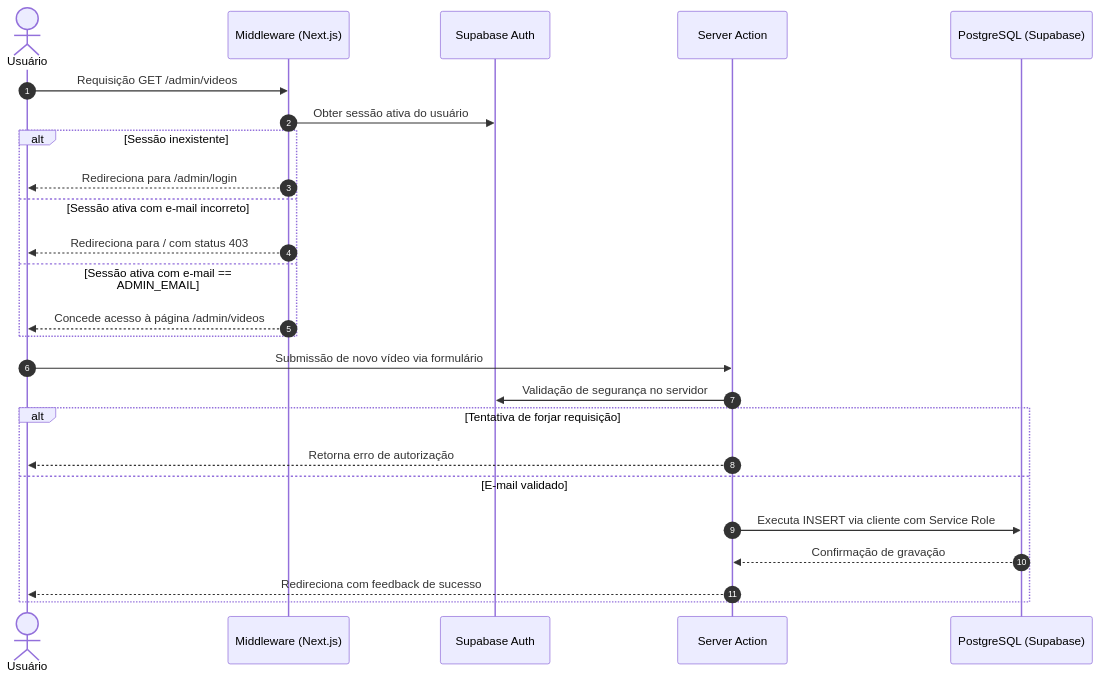
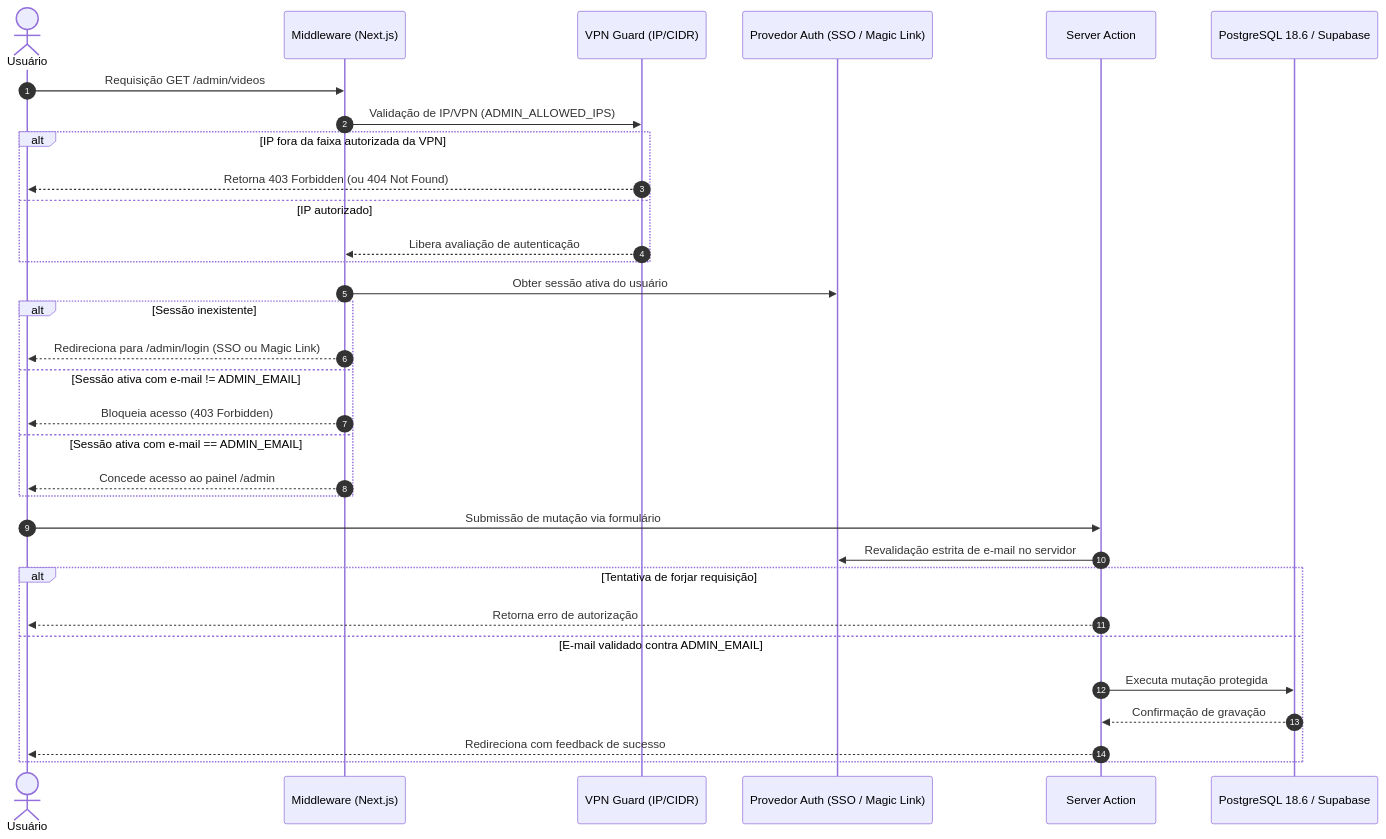
One commit to TheCheepeer/Promocuts changed the second of 2 diagrams in docs/ARCHITECTURE.md. Above: the diagram before and after it, drawn with Mermaid. The commit also changed other lines of this file and 11 other files, not shown here.

````diff
--- a/docs/ARCHITECTURE.md
+++ b/docs/ARCHITECTURE.md
@@ -92,29 +99,37 @@
 ```mermaid
 sequenceDiagram
     autonumber
     actor A as Usuário
     participant M as Middleware (Next.js)
-    participant S as Supabase Auth
+    participant V as VPN Guard (IP/CIDR)
+    participant Auth as Provedor Auth (SSO / Magic Link)
     participant SA as Server Action
-    participant DB as PostgreSQL (Supabase)
+    participant DB as PostgreSQL 18.6 / Supabase
 
     A->>M: Requisição GET /admin/videos
-    M->>S: Obter sessão ativa do usuário
-    alt Sessão inexistente
-        M-->>A: Redireciona para /admin/login
-    else Sessão ativa com e-mail incorreto
-        M-->>A: Redireciona para / com status 403
-    else Sessão ativa com e-mail == ADMIN_EMAIL
-        M-->>A: Concede acesso à página /admin/videos
+    M->>V: Validação de IP/VPN (ADMIN_ALLOWED_IPS)
+    alt IP fora da faixa autorizada da VPN
+        V-->>A: Retorna 403 Forbidden (ou 404 Not Found)
+    else IP autorizado
+        V-->>M: Libera avaliação de autenticação
     end
 
-    A->>SA: Submissão de novo vídeo via formulário
-    SA->>S: Validação de segurança no servidor
+    M->>Auth: Obter sessão ativa do usuário
+    alt Sessão inexistente
+        M-->>A: Redireciona para /admin/login (SSO ou Magic Link)
+    else Sessão ativa com e-mail != ADMIN_EMAIL
+        M-->>A: Bloqueia acesso (403 Forbidden)
+    else Sessão ativa com e-mail == ADMIN_EMAIL
+        M-->>A: Concede acesso ao painel /admin
+    end
+
+    A->>SA: Submissão de mutação via formulário
+    SA->>Auth: Revalidação estrita de e-mail no servidor
     alt Tentativa de forjar requisição
         SA-->>A: Retorna erro de autorização
-    else E-mail validado
-        SA->>DB: Executa INSERT via cliente com Service Role
+    else E-mail validado contra ADMIN_EMAIL
+        SA->>DB: Executa mutação protegida
         DB-->>SA: Confirmação de gravação
         SA-->>A: Redireciona com feedback de sucesso
     end
 ```
````
